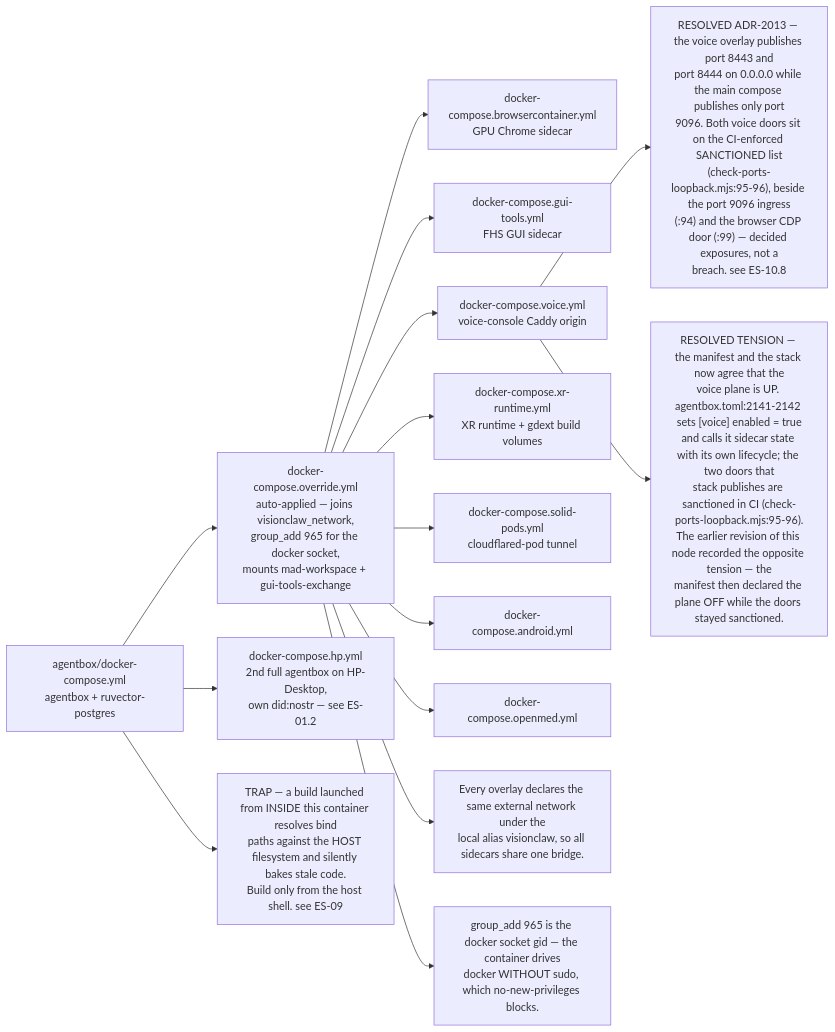
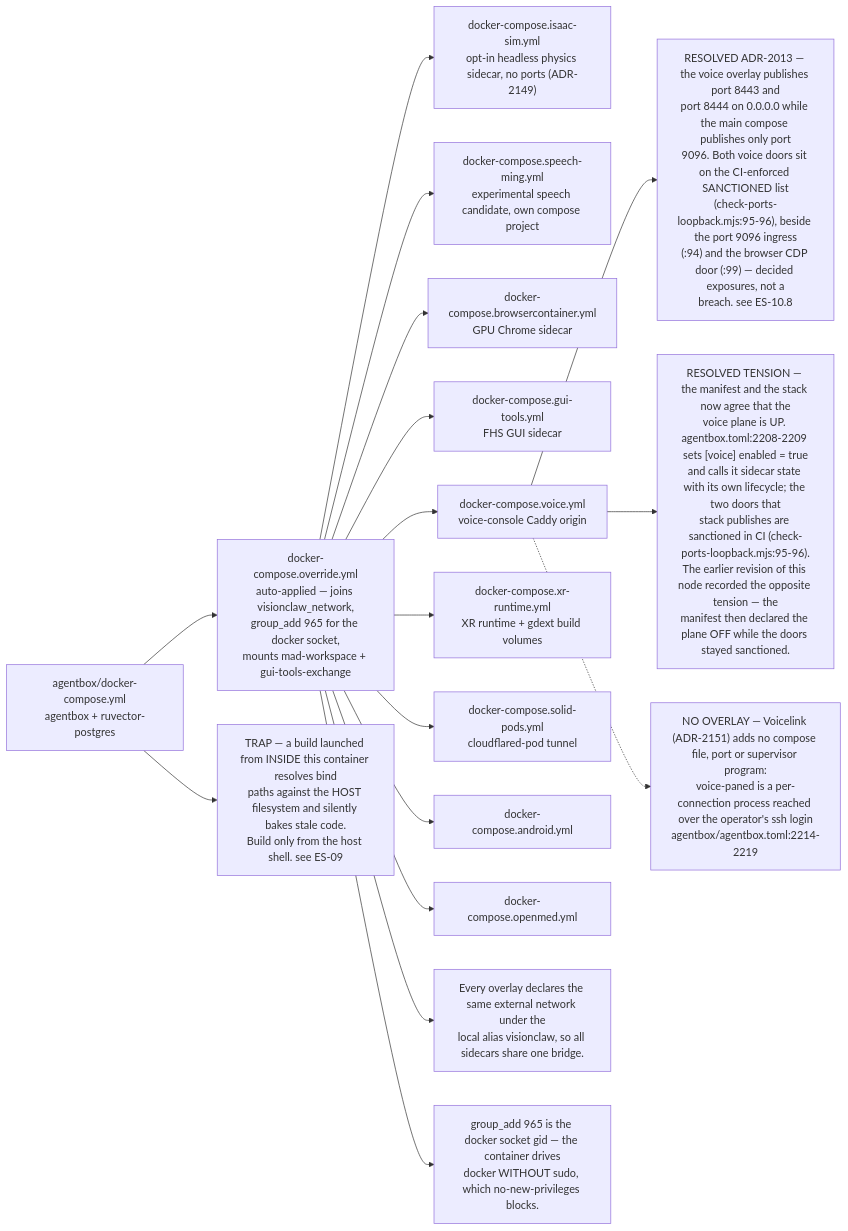
The fifth of 8 diagrams in docs/diagrams/estate/01-estate-topology.md (DreamLab-AI/VisionFlow), drawn with Mermaid before and after one commit. The commit also changed other lines of this file and 160 other files, not shown here.

````diff
--- a/docs/diagrams/estate/01-estate-topology.md
+++ b/docs/diagrams/estate/01-estate-topology.md
@@ -205,35 +222,40 @@
 ```mermaid
 flowchart LR
     BASE["agentbox/docker-compose.yml<br/>agentbox + ruvector-postgres"]
     OV["docker-compose.override.yml<br/>auto-applied — joins visionclaw_network,<br/>group_add 965 for the docker socket,<br/>mounts mad-workspace + gui-tools-exchange"]
-    HP["docker-compose.hp.yml<br/>2nd full agentbox on HP-Desktop,<br/>own did:nostr — see ES-01.2"]
+    ISF["docker-compose.isaac-sim.yml<br/>opt-in headless physics sidecar, no ports (ADR-2149)"]
+    SMF["docker-compose.speech-ming.yml<br/>experimental speech candidate, own compose project"]
     BCF["docker-compose.browsercontainer.yml<br/>GPU Chrome sidecar"]
     GTF["docker-compose.gui-tools.yml<br/>FHS GUI sidecar"]
     VF["docker-compose.voice.yml<br/>voice-console Caddy origin"]
     XF["docker-compose.xr-runtime.yml<br/>XR runtime + gdext build volumes"]
     SPF["docker-compose.solid-pods.yml<br/>cloudflared-pod tunnel"]
     ANF["docker-compose.android.yml"]
     OMF["docker-compose.openmed.yml"]
 
     BASE --> OV
     OV --> BCF
     OV --> GTF
     OV --> VF
     OV --> XF
     OV --> SPF
     OV --> ANF
     OV --> OMF
-    BASE --> HP
+    OV --> ISF
+    OV --> SMF
 
     N1["Every overlay declares the same external network under the<br/>local alias visionclaw, so all sidecars share one bridge."]
     N2["group_add 965 is the docker socket gid — the container drives<br/>docker WITHOUT sudo, which no-new-privileges blocks."]
     D1["RESOLVED ADR-2013 — the voice overlay publishes port 8443 and<br/>port 8444 on 0.0.0.0 while the main compose publishes only port<br/>9096. Both voice doors sit on the CI-enforced SANCTIONED list<br/>(check-ports-loopback.mjs:95-96), beside the port 9096 ingress<br/>(:94) and the browser CDP door (:99) — decided exposures, not a<br/>breach. see ES-10.8"]
-    D3["RESOLVED TENSION — the manifest and the stack now agree that the<br/>voice plane is UP. agentbox.toml:2141-2142 sets [voice] enabled = true<br/>and calls it sidecar state with its own lifecycle; the two doors that<br/>stack publishes are sanctioned in CI (check-ports-loopback.mjs:95-96).<br/>The earlier revision of this node recorded the opposite tension — the<br/>manifest then declared the plane OFF while the doors stayed sanctioned."]
+    D3["RESOLVED TENSION — the manifest and the stack now agree that the<br/>voice plane is UP. agentbox.toml:2208-2209 sets [voice] enabled = true<br/>and calls it sidecar state with its own lifecycle; the two doors that<br/>stack publishes are sanctioned in CI (check-ports-loopback.mjs:95-96).<br/>The earlier revision of this node recorded the opposite tension — the<br/>manifest then declared the plane OFF while the doors stayed sanctioned."]
     D2["TRAP — a build launched from INSIDE this container resolves bind<br/>paths against the HOST filesystem and silently bakes stale code.<br/>Build only from the host shell. see ES-09"]
+
+    VL["NO OVERLAY — Voicelink (ADR-2151) adds no compose file, port or supervisor program:<br/>voice-paned is a per-connection process reached over the operator's ssh login<br/>agentbox/agentbox.toml:2214-2219"]
 
     OV --> N1
     OV --> N2
     VF --> D1
     VF --> D3
     BASE --> D2
+    VF -.-> VL
 ```
````
